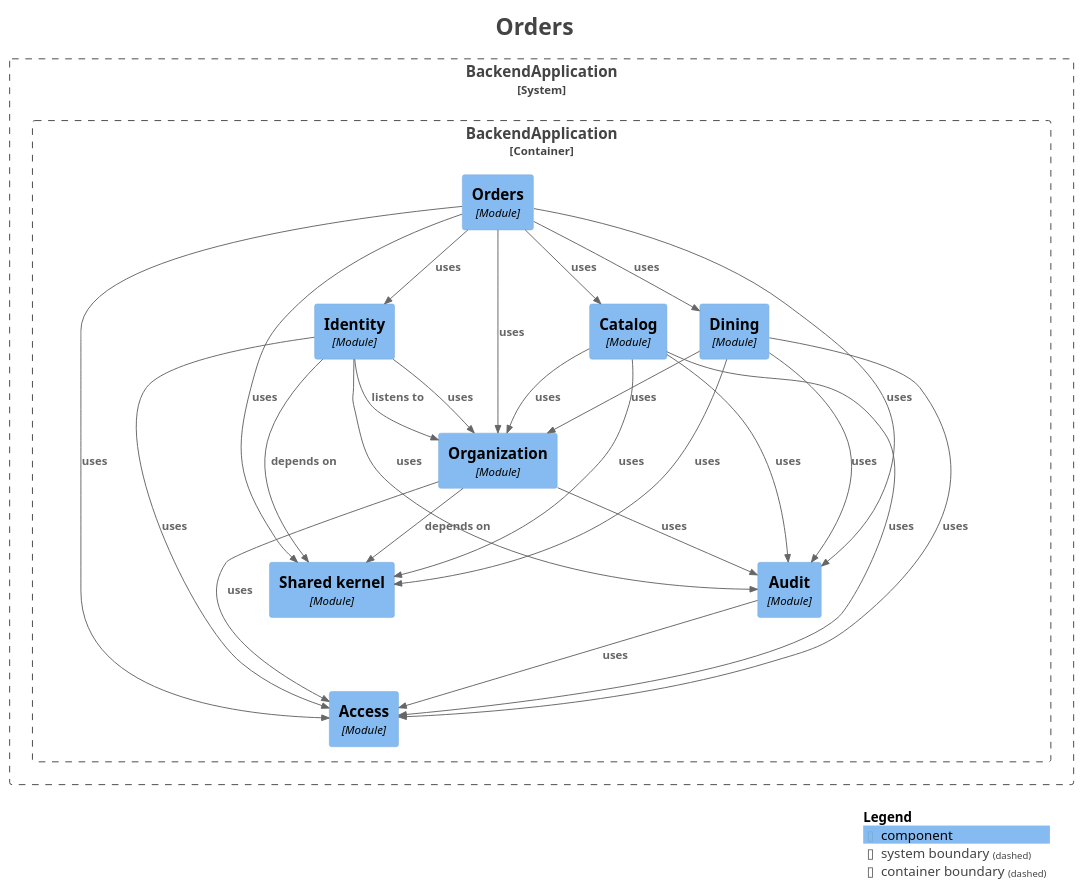
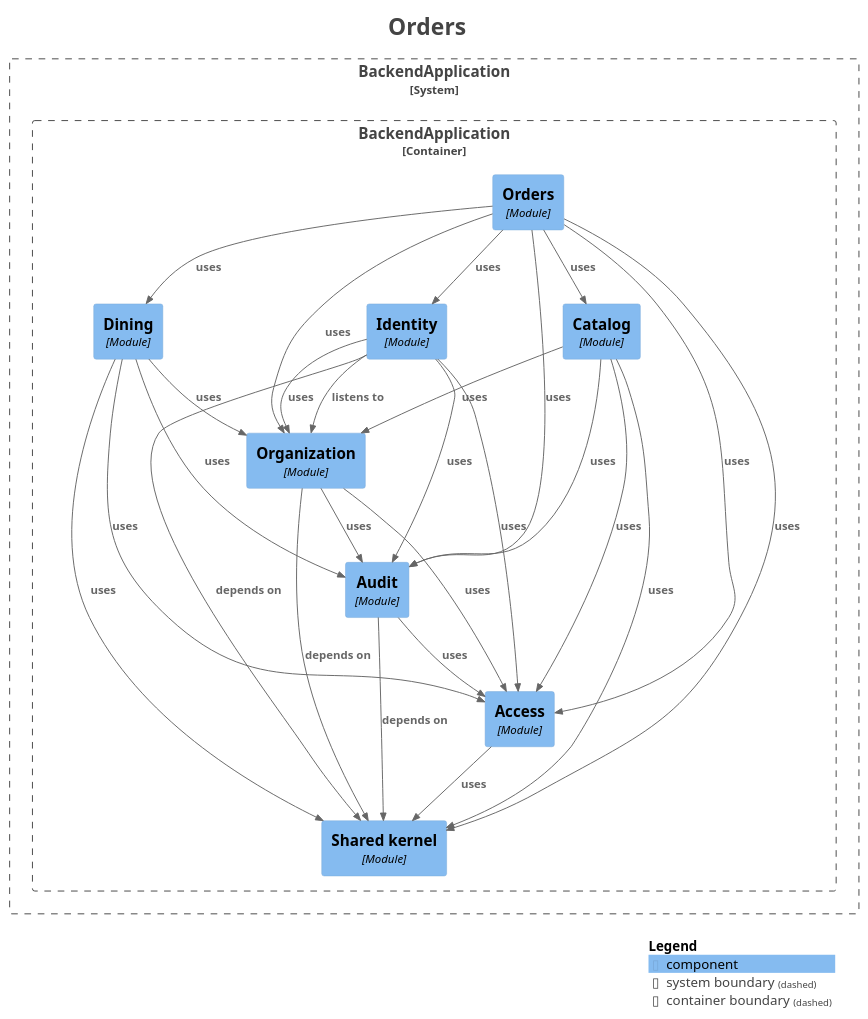
One commit to fxavier/restaurantePRO changed the diagram in docs/architecture/modules/module-orders.puml. Above: the diagram before and after it, drawn with PlantUML. The commit also changed 28 other files, not shown here.

First line of the commit message:
docs(architecture): regenerate the Modulith module docs for R3

```diff
--- a/docs/architecture/modules/module-orders.puml
+++ b/docs/architecture/modules/module-orders.puml
@@ -1,59 +1,61 @@
 @startuml
 title <size:24>Orders</size>
 
 set separator none
 top to bottom direction
 
 <style>
   root {
     BackgroundColor: #ffffff
     FontColor: #444444
   }
 </style>
 
 !include <C4/C4>
 !include <C4/C4_Context>
 !include <C4/C4_Component>
 
 System_Boundary("BackendApplication_boundary", "BackendApplication", $tags="") {
   Container_Boundary("BackendApplication.BackendApplication_boundary", "BackendApplication", $tags="") {
+    Component(BackendApplication.BackendApplication.Dining, "Dining", $techn="Module", $descr="", $tags="", $link="")
     Component(BackendApplication.BackendApplication.Identity, "Identity", $techn="Module", $descr="", $tags="", $link="")
     Component(BackendApplication.BackendApplication.Orders, "Orders", $techn="Module", $descr="", $tags="", $link="")
+    Component(BackendApplication.BackendApplication.Sharedkernel, "Shared kernel", $techn="Module", $descr="", $tags="", $link="")
     Component(BackendApplication.BackendApplication.Access, "Access", $techn="Module", $descr="", $tags="", $link="")
-    Component(BackendApplication.BackendApplication.Sharedkernel, "Shared kernel", $techn="Module", $descr="", $tags="", $link="")
     Component(BackendApplication.BackendApplication.Audit, "Audit", $techn="Module", $descr="", $tags="", $link="")
     Component(BackendApplication.BackendApplication.Organization, "Organization", $techn="Module", $descr="", $tags="", $link="")
     Component(BackendApplication.BackendApplication.Catalog, "Catalog", $techn="Module", $descr="", $tags="", $link="")
-    Component(BackendApplication.BackendApplication.Dining, "Dining", $techn="Module", $descr="", $tags="", $link="")
   }
 
 }
 
-Rel(BackendApplication.BackendApplication.Audit, BackendApplication.BackendApplication.Access, "uses", $techn="", $tags="", $link="")
-Rel(BackendApplication.BackendApplication.Identity, BackendApplication.BackendApplication.Organization, "listens to", $techn="", $tags="", $link="")
-Rel(BackendApplication.BackendApplication.Identity, BackendApplication.BackendApplication.Sharedkernel, "depends on", $techn="", $tags="", $link="")
-Rel(BackendApplication.BackendApplication.Identity, BackendApplication.BackendApplication.Audit, "uses", $techn="", $tags="", $link="")
-Rel(BackendApplication.BackendApplication.Identity, BackendApplication.BackendApplication.Access, "uses", $techn="", $tags="", $link="")
-Rel(BackendApplication.BackendApplication.Identity, BackendApplication.BackendApplication.Organization, "uses", $techn="", $tags="", $link="")
-Rel(BackendApplication.BackendApplication.Dining, BackendApplication.BackendApplication.Access, "uses", $techn="", $tags="", $link="")
-Rel(BackendApplication.BackendApplication.Dining, BackendApplication.BackendApplication.Sharedkernel, "uses", $techn="", $tags="", $link="")
-Rel(BackendApplication.BackendApplication.Dining, BackendApplication.BackendApplication.Audit, "uses", $techn="", $tags="", $link="")
-Rel(BackendApplication.BackendApplication.Dining, BackendApplication.BackendApplication.Organization, "uses", $techn="", $tags="", $link="")
-Rel(BackendApplication.BackendApplication.Catalog, BackendApplication.BackendApplication.Sharedkernel, "uses", $techn="", $tags="", $link="")
-Rel(BackendApplication.BackendApplication.Catalog, BackendApplication.BackendApplication.Access, "uses", $techn="", $tags="", $link="")
-Rel(BackendApplication.BackendApplication.Catalog, BackendApplication.BackendApplication.Audit, "uses", $techn="", $tags="", $link="")
-Rel(BackendApplication.BackendApplication.Catalog, BackendApplication.BackendApplication.Organization, "uses", $techn="", $tags="", $link="")
 Rel(BackendApplication.BackendApplication.Organization, BackendApplication.BackendApplication.Sharedkernel, "depends on", $techn="", $tags="", $link="")
 Rel(BackendApplication.BackendApplication.Organization, BackendApplication.BackendApplication.Audit, "uses", $techn="", $tags="", $link="")
 Rel(BackendApplication.BackendApplication.Organization, BackendApplication.BackendApplication.Access, "uses", $techn="", $tags="", $link="")
-Rel(BackendApplication.BackendApplication.Orders, BackendApplication.BackendApplication.Sharedkernel, "uses", $techn="", $tags="", $link="")
 Rel(BackendApplication.BackendApplication.Orders, BackendApplication.BackendApplication.Access, "uses", $techn="", $tags="", $link="")
 Rel(BackendApplication.BackendApplication.Orders, BackendApplication.BackendApplication.Catalog, "uses", $techn="", $tags="", $link="")
 Rel(BackendApplication.BackendApplication.Orders, BackendApplication.BackendApplication.Identity, "uses", $techn="", $tags="", $link="")
 Rel(BackendApplication.BackendApplication.Orders, BackendApplication.BackendApplication.Dining, "uses", $techn="", $tags="", $link="")
 Rel(BackendApplication.BackendApplication.Orders, BackendApplication.BackendApplication.Audit, "uses", $techn="", $tags="", $link="")
+Rel(BackendApplication.BackendApplication.Orders, BackendApplication.BackendApplication.Sharedkernel, "uses", $techn="", $tags="", $link="")
 Rel(BackendApplication.BackendApplication.Orders, BackendApplication.BackendApplication.Organization, "uses", $techn="", $tags="", $link="")
+Rel(BackendApplication.BackendApplication.Audit, BackendApplication.BackendApplication.Sharedkernel, "depends on", $techn="", $tags="", $link="")
+Rel(BackendApplication.BackendApplication.Audit, BackendApplication.BackendApplication.Access, "uses", $techn="", $tags="", $link="")
+Rel(BackendApplication.BackendApplication.Access, BackendApplication.BackendApplication.Sharedkernel, "uses", $techn="", $tags="", $link="")
+Rel(BackendApplication.BackendApplication.Catalog, BackendApplication.BackendApplication.Access, "uses", $techn="", $tags="", $link="")
+Rel(BackendApplication.BackendApplication.Catalog, BackendApplication.BackendApplication.Audit, "uses", $techn="", $tags="", $link="")
+Rel(BackendApplication.BackendApplication.Catalog, BackendApplication.BackendApplication.Organization, "uses", $techn="", $tags="", $link="")
+Rel(BackendApplication.BackendApplication.Catalog, BackendApplication.BackendApplication.Sharedkernel, "uses", $techn="", $tags="", $link="")
+Rel(BackendApplication.BackendApplication.Dining, BackendApplication.BackendApplication.Access, "uses", $techn="", $tags="", $link="")
+Rel(BackendApplication.BackendApplication.Dining, BackendApplication.BackendApplication.Audit, "uses", $techn="", $tags="", $link="")
+Rel(BackendApplication.BackendApplication.Dining, BackendApplication.BackendApplication.Sharedkernel, "uses", $techn="", $tags="", $link="")
+Rel(BackendApplication.BackendApplication.Dining, BackendApplication.BackendApplication.Organization, "uses", $techn="", $tags="", $link="")
+Rel(BackendApplication.BackendApplication.Identity, BackendApplication.BackendApplication.Organization, "listens to", $techn="", $tags="", $link="")
+Rel(BackendApplication.BackendApplication.Identity, BackendApplication.BackendApplication.Sharedkernel, "depends on", $techn="", $tags="", $link="")
+Rel(BackendApplication.BackendApplication.Identity, BackendApplication.BackendApplication.Access, "uses", $techn="", $tags="", $link="")
+Rel(BackendApplication.BackendApplication.Identity, BackendApplication.BackendApplication.Audit, "uses", $techn="", $tags="", $link="")
+Rel(BackendApplication.BackendApplication.Identity, BackendApplication.BackendApplication.Organization, "uses", $techn="", $tags="", $link="")
 
 SHOW_LEGEND(true)
 hide stereotypes
 @enduml
```
